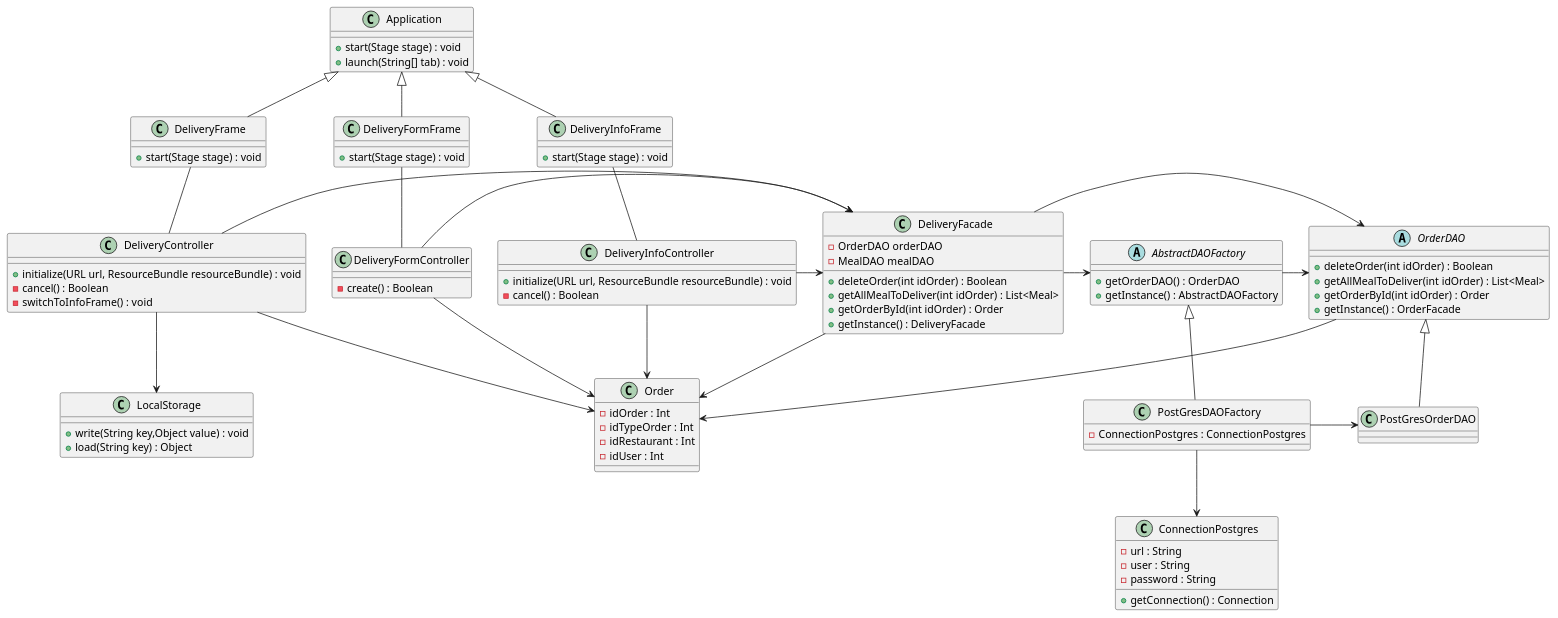
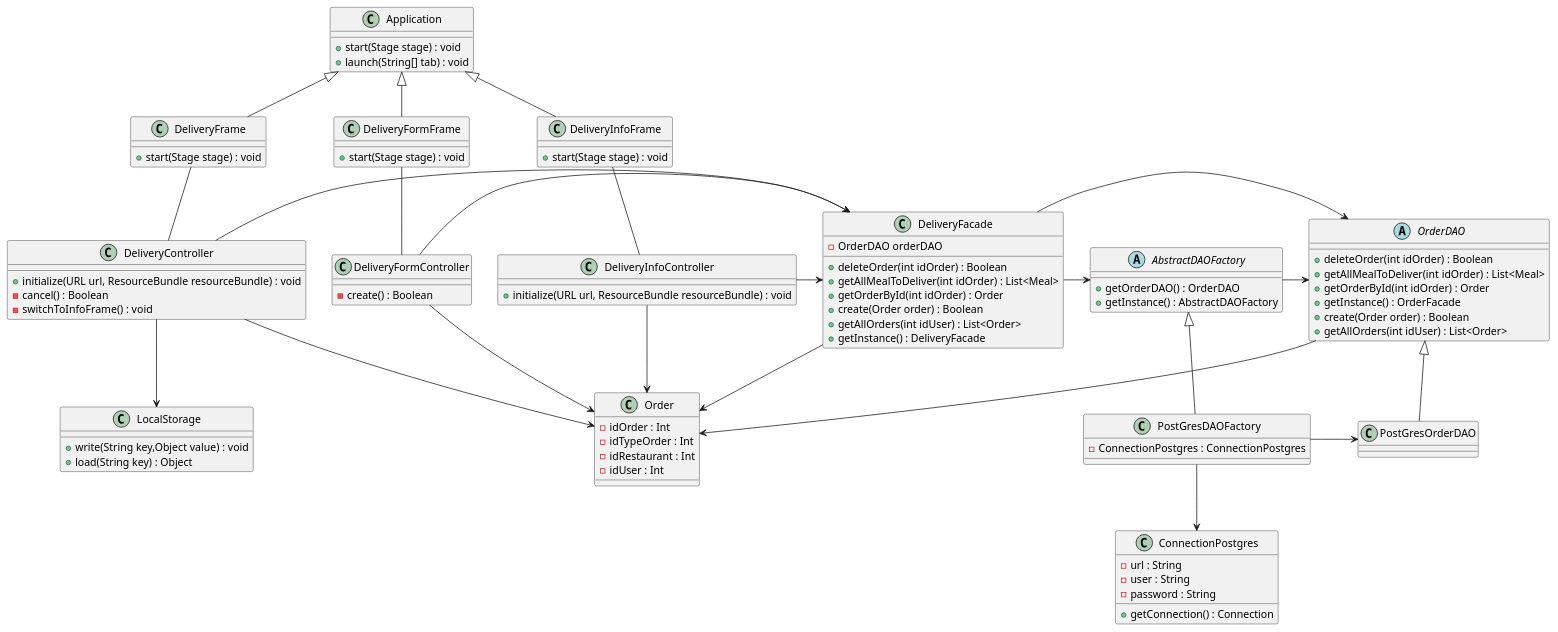
One commit to thmsfnr/Simplify changed the diagram in diagrammes/Delivery/class-diagram-delivery.plantuml. Above: the diagram before and after it, drawn with PlantUML. The commit also changed 18 other files, not shown here.

Commit message:
ajout diagrammes delivery

```diff
--- a/diagrammes/Delivery/class-diagram-delivery.plantuml
+++ b/diagrammes/Delivery/class-diagram-delivery.plantuml
@@ -1,115 +1,116 @@
 @startuml
 
 class DeliveryFormFrame {
   + start(Stage stage) : void
 }
 
 class DeliveryInfoFrame {
   + start(Stage stage) : void
 }
 
 class DeliveryFrame {
   + start(Stage stage) : void
 }
 
 class Application {
   + start(Stage stage) : void
   + launch(String[] tab) : void
 }
 
 class DeliveryController {
   + initialize(URL url, ResourceBundle resourceBundle) : void
   - cancel() : Boolean
   - switchToInfoFrame() : void
 }
 
 class DeliveryFormController {
   - create() : Boolean
 }
 
 class DeliveryInfoController {
   + initialize(URL url, ResourceBundle resourceBundle) : void
-  - cancel() : Boolean
-
 }
 
 class Order{
   - idOrder : Int
   - idTypeOrder : Int
   - idRestaurant : Int
   - idUser : Int
 }
 
 
 class DeliveryFacade{
   - OrderDAO orderDAO
-  - MealDAO mealDAO
   + deleteOrder(int idOrder) : Boolean
   + getAllMealToDeliver(int idOrder) : List<Meal>
   + getOrderById(int idOrder) : Order
+  + create(Order order) : Boolean
+  + getAllOrders(int idUser) : List<Order>
   + getInstance() : DeliveryFacade
 }
 
 
 abstract class AbstractDAOFactory{
   + getOrderDAO() : OrderDAO
   + getInstance() : AbstractDAOFactory
 }
 
 class PostGresDAOFactory{
   -ConnectionPostgres : ConnectionPostgres
 }
 
 class PostGresOrderDAO{}
 
 
 abstract class OrderDAO{
   + deleteOrder(int idOrder) : Boolean
   + getAllMealToDeliver(int idOrder) : List<Meal>
   + getOrderById(int idOrder) : Order
   + getInstance() : OrderFacade
+  + create(Order order) : Boolean
+  + getAllOrders(int idUser) : List<Order>
 }
 
 class ConnectionPostgres{
   - url : String
   - user : String
   - password : String
   + getConnection() : Connection
 }
 
 class LocalStorage{
  + write(String key,Object value) : void
  + load(String key) : Object
 }
 
 Application <|-- DeliveryFrame
 Application <|-- DeliveryFormFrame
 Application <|-- DeliveryInfoFrame
 
 DeliveryController -> DeliveryFacade
 DeliveryFormController -> DeliveryFacade
 DeliveryInfoController -> DeliveryFacade
 
 DeliveryController -> Order
 DeliveryInfoController -> Order
 DeliveryFormController -> Order
 
 DeliveryFacade --> Order
 
 DeliveryController --> LocalStorage
 
 DeliveryFrame -- DeliveryController
 DeliveryFormFrame -- DeliveryFormController
 DeliveryInfoFrame -- DeliveryInfoController
 
 DeliveryFacade -> OrderDAO
 DeliveryFacade -> AbstractDAOFactory
 
 AbstractDAOFactory <|-- PostGresDAOFactory
 OrderDAO <|-- PostGresOrderDAO
 PostGresDAOFactory --> ConnectionPostgres
 PostGresDAOFactory -> PostGresOrderDAO
 AbstractDAOFactory -> OrderDAO
 OrderDAO -> Order
 
 @enduml
```
